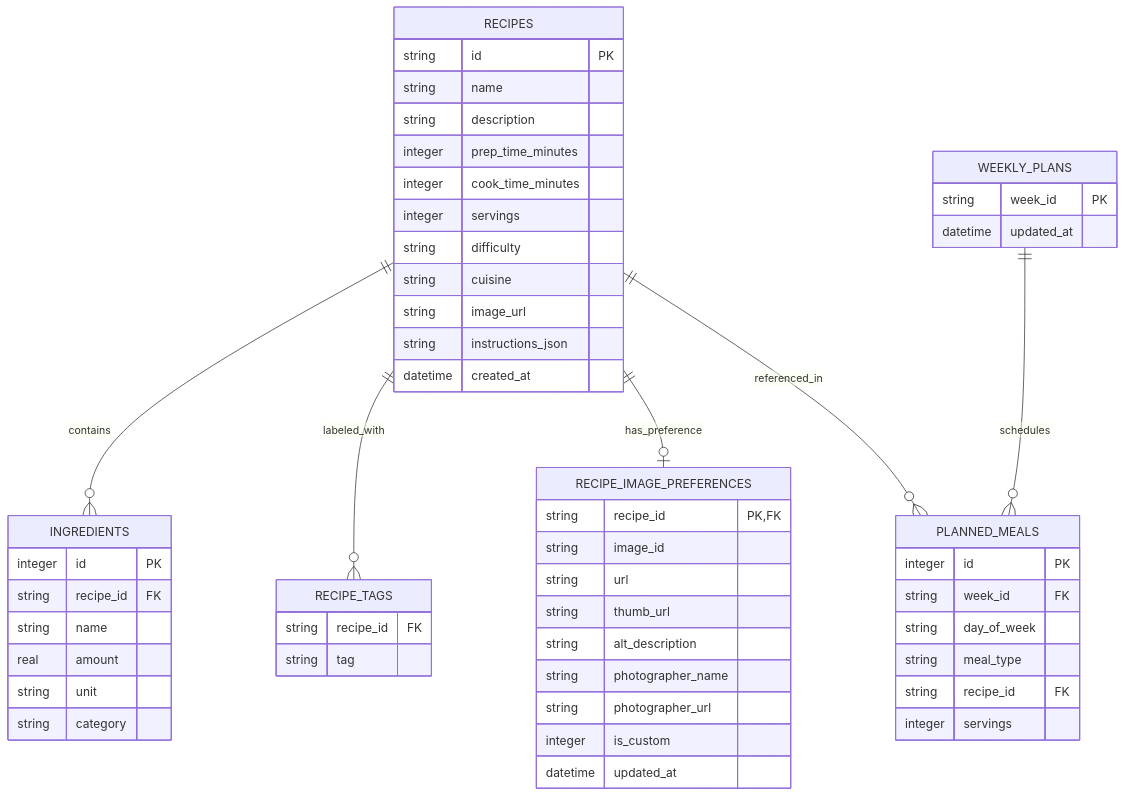
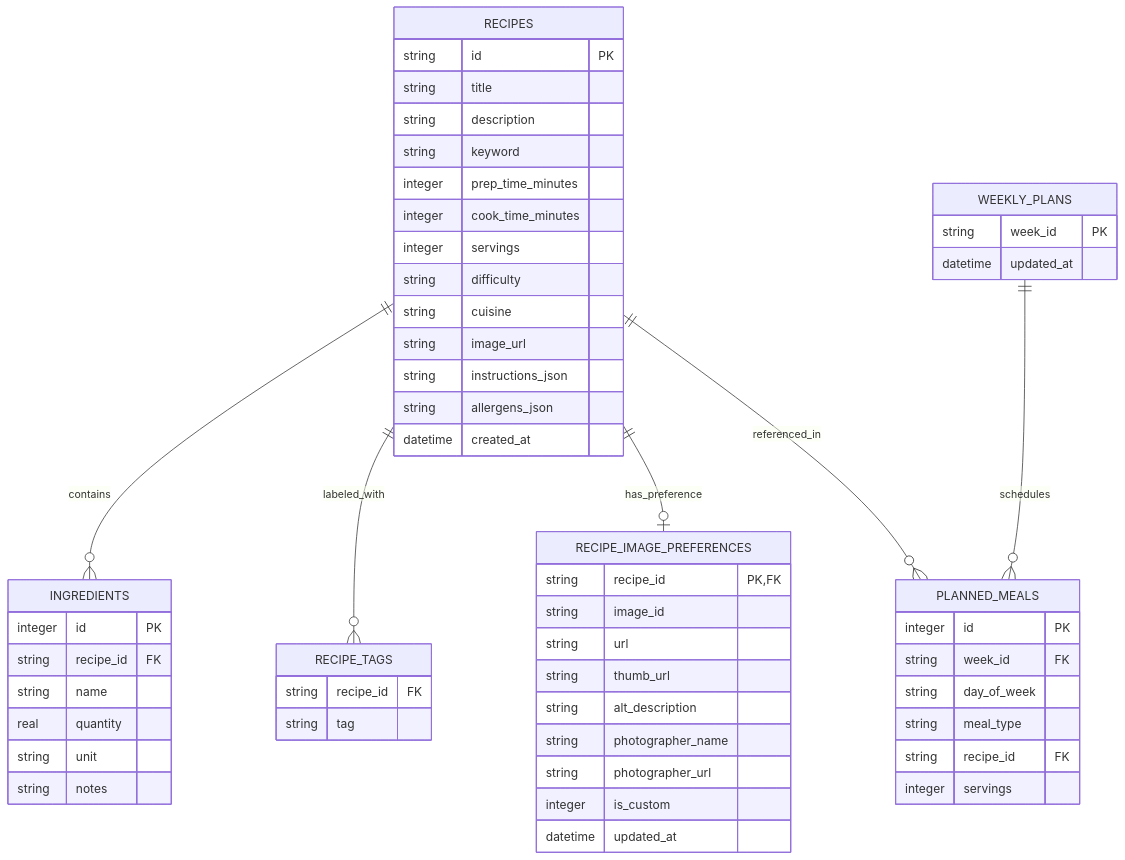
Before and after one commit to manuellucas-lang/GithubSpecKit: the diagram in specs/003-frontend-backend-segregation/data-model.md, drawn with Mermaid. The commit also changed other lines of this file and 28 other files, not shown here.

````diff
--- a/specs/003-frontend-backend-segregation/data-model.md
+++ b/specs/003-frontend-backend-segregation/data-model.md
@@ -13,62 +13,64 @@
 ```mermaid
 erDiagram
     RECIPES ||--o{ INGREDIENTS : contains
     RECIPES ||--o{ RECIPE_TAGS : labeled_with
     RECIPES ||--o| RECIPE_IMAGE_PREFERENCES : has_preference
     WEEKLY_PLANS ||--o{ PLANNED_MEALS : schedules
     RECIPES ||--o{ PLANNED_MEALS : referenced_in
 
     RECIPES {
         string id PK
-        string name
+        string title
         string description
+        string keyword
         integer prep_time_minutes
         integer cook_time_minutes
         integer servings
         string difficulty
         string cuisine
         string image_url
         string instructions_json
+        string allergens_json
         datetime created_at
     }
 
     INGREDIENTS {
         integer id PK
         string recipe_id FK
         string name
-        real amount
+        real quantity
         string unit
-        string category
+        string notes
     }
 
     RECIPE_TAGS {
         string recipe_id FK
         string tag
     }
 
     RECIPE_IMAGE_PREFERENCES {
         string recipe_id PK, FK
         string image_id
         string url
         string thumb_url
         string alt_description
         string photographer_name
         string photographer_url
         integer is_custom
         datetime updated_at
     }
 
     WEEKLY_PLANS {
         string week_id PK
         datetime updated_at
     }
 
     PLANNED_MEALS {
         integer id PK
         string week_id FK
         string day_of_week
         string meal_type
         string recipe_id FK
         integer servings
     }
 ```
````
